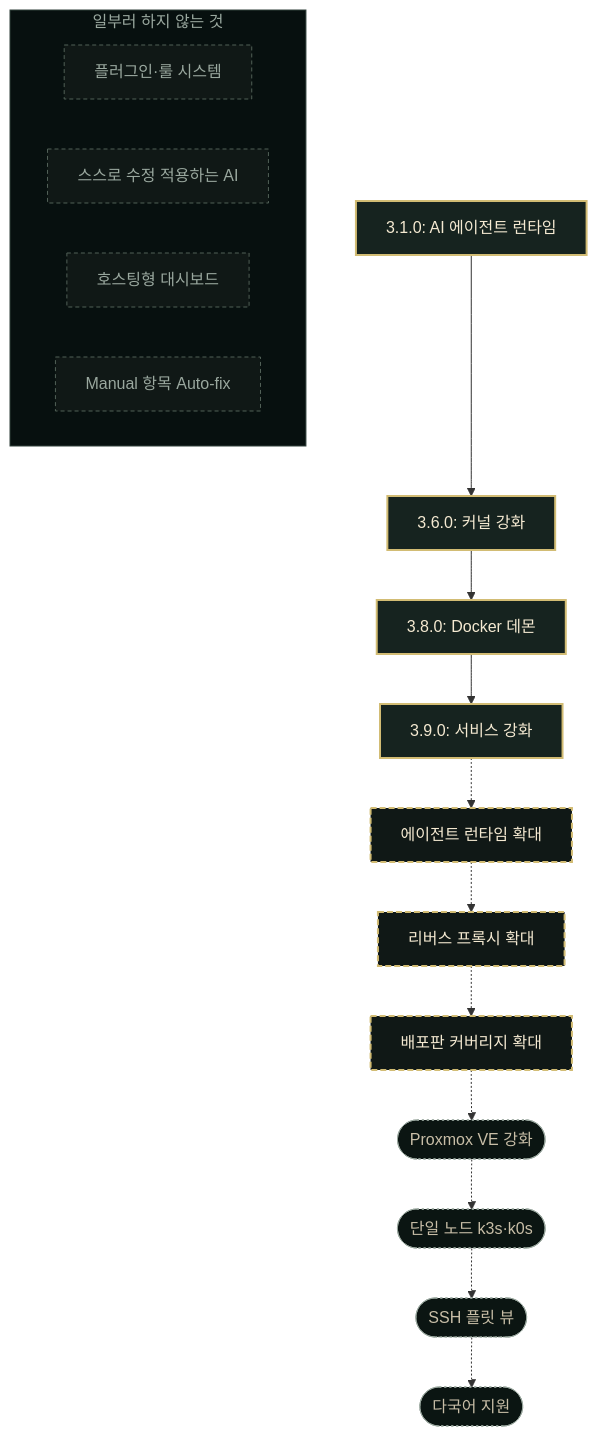
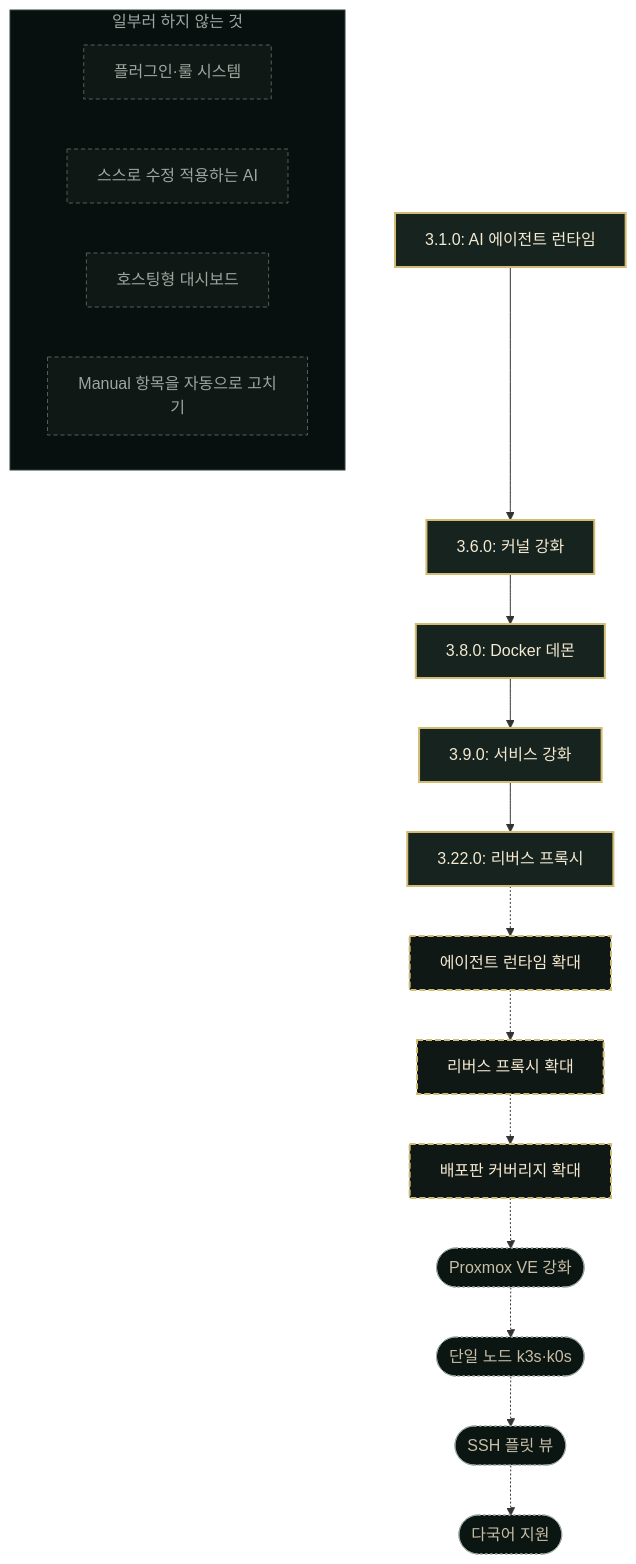
One commit to seolcu/hostveil changed the diagram in README.ko.md. Above: the diagram before and after it, drawn with Mermaid. The commit also changed other lines of this file and 46 other files, not shown here.

````diff
--- a/README.ko.md
+++ b/README.ko.md
@@ -372,32 +372,33 @@
 ```mermaid
 graph TD
     v1["3.1.0: AI 에이전트 런타임"] --> v2["3.6.0: 커널 강화"]
     v2 --> v3["3.8.0: Docker 데몬"]
     v3 --> v4["3.9.0: 서비스 강화"]
-    v4 -.-> n1["에이전트 런타임 확대"]
+    v4 --> v5["3.22.0: 리버스 프록시"]
+    v5 -.-> n1["에이전트 런타임 확대"]
     n1 -.-> n2["리버스 프록시 확대"]
     n2 -.-> n3["배포판 커버리지 확대"]
     n3 -.-> e1(["Proxmox VE 강화"])
     e1 -.-> e2(["단일 노드 k3s·k0s"])
     e2 -.-> e3(["SSH 플릿 뷰"])
     e3 -.-> e4(["다국어 지원"])
 
     subgraph np["일부러 하지 않는 것"]
         x1["플러그인·룰 시스템"]
         x2["스스로 수정 적용하는 AI"]
         x3["호스팅형 대시보드"]
-        x4["Manual 항목 Auto-fix"]
+        x4["Manual 항목을 자동으로 고치기"]
     end
 
     classDef shipped fill:#16231f,stroke:#d2bc74,stroke-width:2px,color:#f5ead2
     classDef next fill:#101816,stroke:#d2bc74,stroke-width:2px,stroke-dasharray:6 3,color:#f5ead2
     classDef exploring fill:#0b1512,stroke:#9aa89f,stroke-width:1px,stroke-dasharray:2 3,color:#c8bea7
     classDef notplanned fill:#101816,stroke:#516057,stroke-width:1px,stroke-dasharray:4 3,color:#9aa89f
     classDef npTitle fill:#07100f,stroke:#31413b,color:#9aa89f
 
-    class v1,v2,v3,v4 shipped
+    class v1,v2,v3,v4,v5 shipped
     class n1,n2,n3 next
     class e1,e2,e3,e4 exploring
     class x1,x2,x3,x4 notplanned
     class np npTitle
 ```
````
